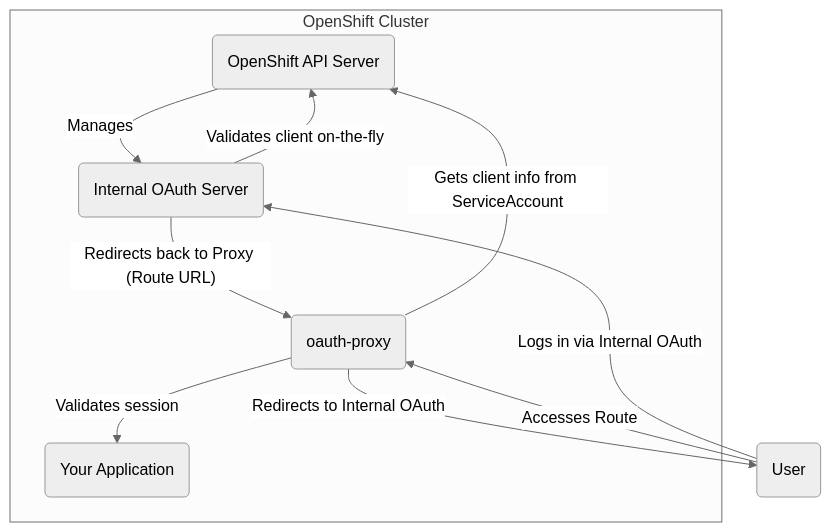
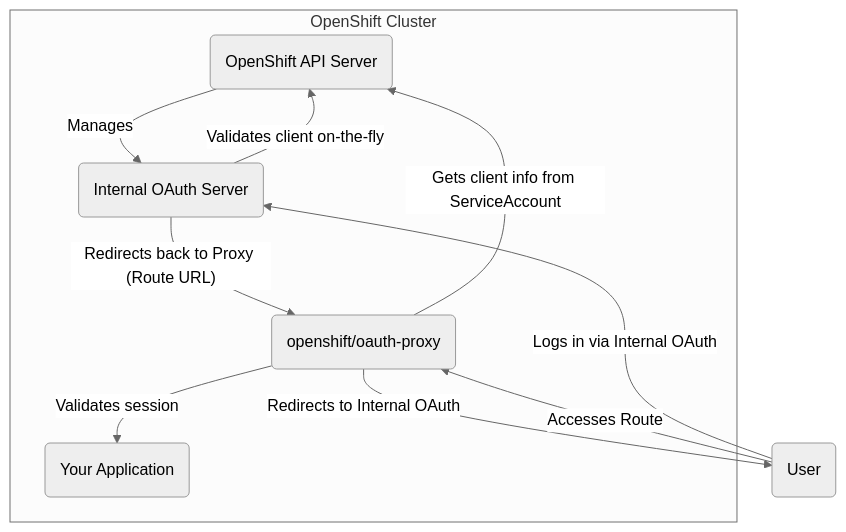
The third of 4 diagrams in docs/OIDC_OAUTH.md (jctanner/rhoai-hacking), drawn with Mermaid (neutral theme) before and after one commit. The commit also changed other lines of this file, not shown here.

Commit message:
openshift oauth

````diff
--- a/docs/OIDC_OAUTH.md
+++ b/docs/OIDC_OAUTH.md
@@ -176,19 +176,19 @@
 ```mermaid
 graph TD
     subgraph "OpenShift Cluster"
         OCP_API(OpenShift API Server)
         OCP_OAuth(Internal OAuth Server)
-        Proxy(oauth-proxy)
+        Proxy("openshift/oauth-proxy")
         App(Your Application)
     
         OCP_API -- "Manages" --> OCP_OAuth
         Proxy -- "Gets client info from ServiceAccount" --> OCP_API
         OCP_OAuth -- "Validates client on-the-fly" --> OCP_API
     end
 
     U(User) -- "Accesses Route" --> Proxy
     Proxy -- "Redirects to Internal OAuth" --> U
     U -- "Logs in via Internal OAuth" --> OCP_OAuth
     OCP_OAuth -- "Redirects back to Proxy (Route URL)" --> Proxy
     Proxy -- "Validates session" --> App
 ```
````
